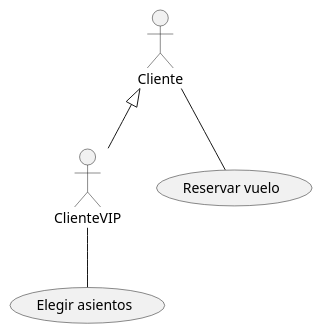
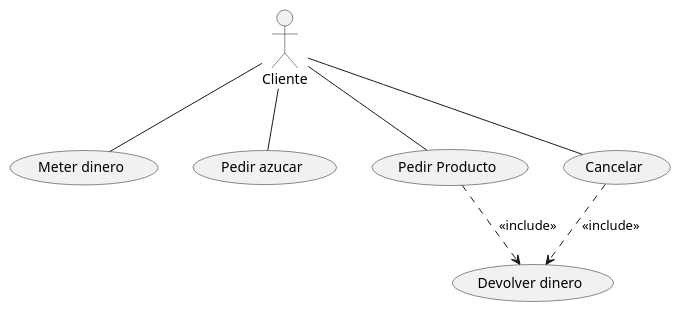
One commit to alejaandroobc/CasosDeUso_UML changed the diagram in src/CasosDeUso_UML.puml. Above: the diagram before and after it, drawn with PlantUML.

Commit message:
Ejemplo máquina café

```diff
--- a/src/CasosDeUso_UML.puml
+++ b/src/CasosDeUso_UML.puml
@@ -1,9 +1,14 @@
 @startuml
 :Cliente:
-:ClienteVIP:
-usecase "Reservar vuelo" as UC1
-usecase "Elegir asientos" as UC2
-Cliente <|-- ClienteVIP
+usecase "Meter dinero" as UC1
+usecase "Pedir azucar" as UC2
+usecase "Pedir Producto" as UC3
+usecase "Cancelar" as UC4
+usecase "Devolver dinero" as UC5
 Cliente -- UC1
-ClienteVIP -- UC2
+Cliente -- UC2
+Cliente -- UC3
+Cliente --UC4
+UC3 ..> UC5 :<<include>>
+UC4 ..> UC5 :<<include>>
 @enduml
```
